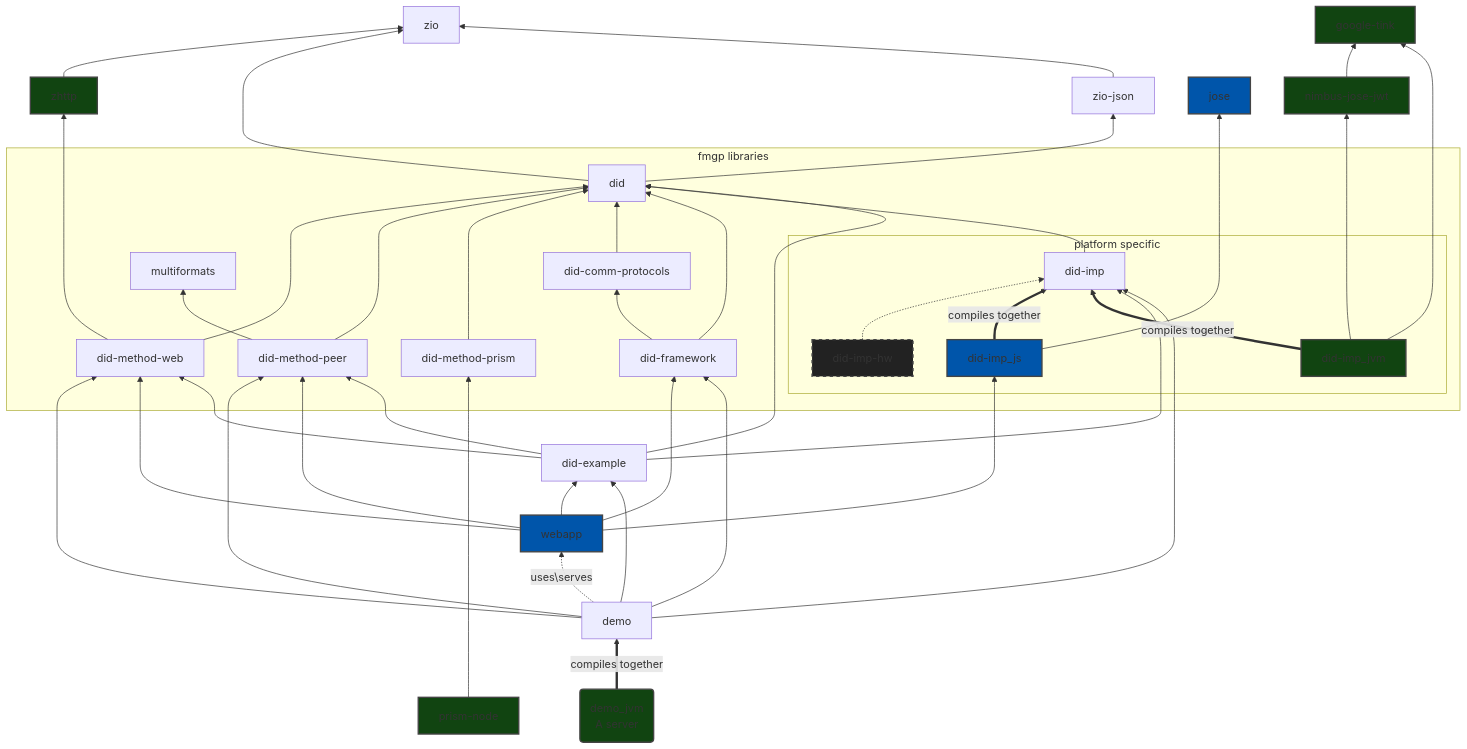
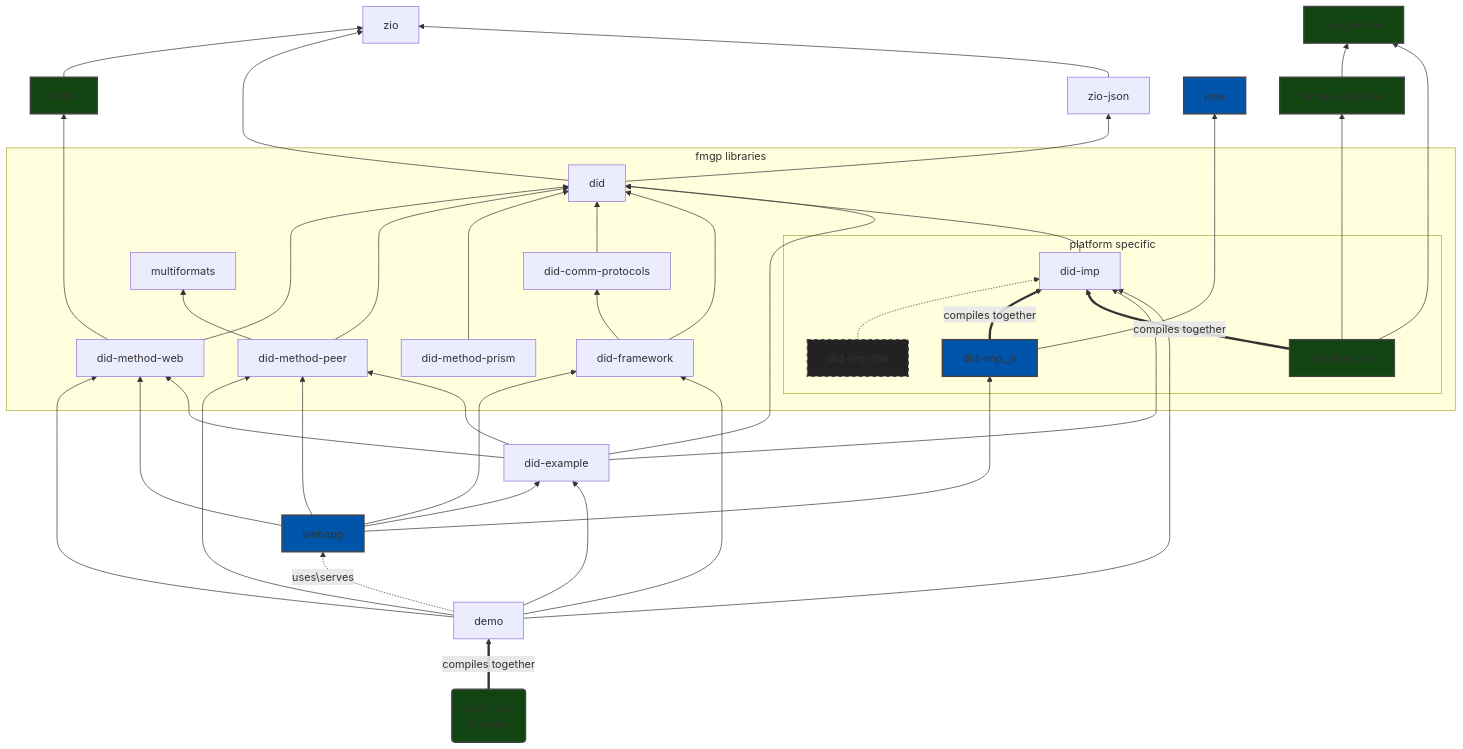
One commit to FabioPinheiro/scala-did changed the diagram in README.md. Above: the diagram before and after it, drawn with Mermaid. The commit also changed 8 other files, not shown here.

Commit message:
build: remove module did-method-prism-node

````diff
--- a/README.md
+++ b/README.md
@@ -95,60 +95,58 @@
 ```mermaid
 flowchart BT
 
   zhttp --> zio
   did --> zio
   zio-json --> zio
   did --> zio-json
   did-method-web ----> zhttp:::JVM
 
   subgraph fmgp libraries
     did-method-peer --> multiformats
     subgraph platform specific
       did-imp
       did-imp-hw:::Others -.-> did-imp
       did-imp_js:::JS ==>|compiles together| did-imp
       did-imp_jvm:::JVM ==>|compiles together| did-imp
     end
     did-method-web --> did
     did-method-peer --> did
     did-method-prism ---> did
     did-comm-protocols --> did
     did-framework --> did
     did-framework --> did-comm-protocols
     did-imp --> did
   end
-
-  prism-node:::JVM -----> did-method-prism
 
   did-example ----> did
   did-example --> did-imp
   demo --> did-imp
 
   did-imp_jvm:::JVM ----> nimbus-jose-jwt:::JVM --> google-tink:::JVM
   did-imp_jvm:::JVM ---> google-tink
 
   did-imp_js ----> jose:::JS
 
   %% subgraph demo/docs
     webapp:::JS --> did-framework
     demo --> did-framework
     demo --> did-method-web
     demo --> did-method-peer
     webapp:::JS --> did-imp_js
     webapp:::JS  --> did-method-web
     webapp:::JS  --> did-method-peer
     webapp:::JS  --> did-example
     demo  --> did-example
     demo -.->|uses\serves| webapp
 
     demo_jvm(demo_jvm\nA server):::JVM ==>|compiles together| demo
 
     did-example  --> did-method-peer
     did-example  --> did-method-web
   %% end
 
   classDef JVM fill:#141,stroke:#444,stroke-width:2px;
   classDef JS fill:#05a,stroke:#444,stroke-width:2px;
   classDef Others fill:#222,stroke:#444,stroke-width:2px,stroke-dasharray: 5 5;
 
 ```
````
